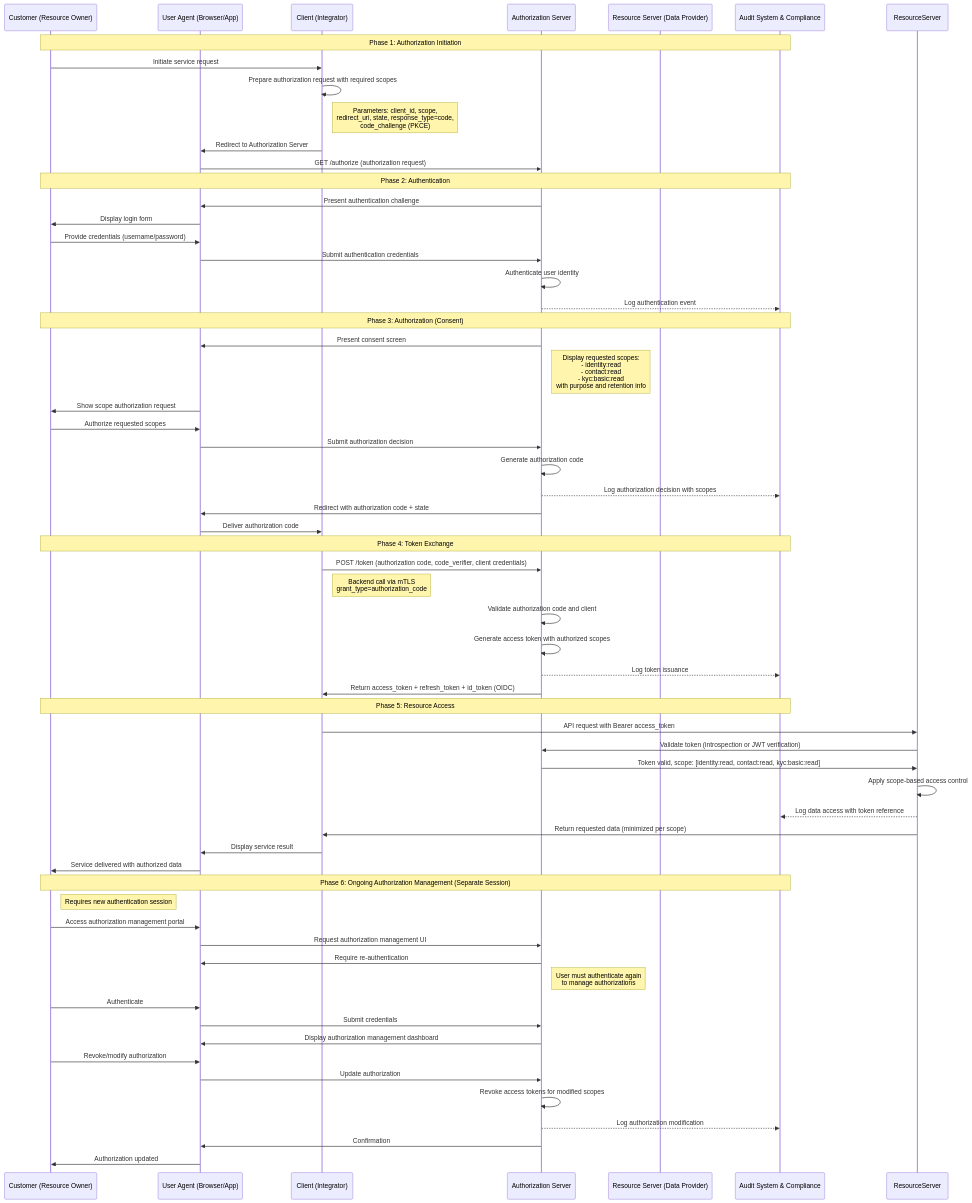
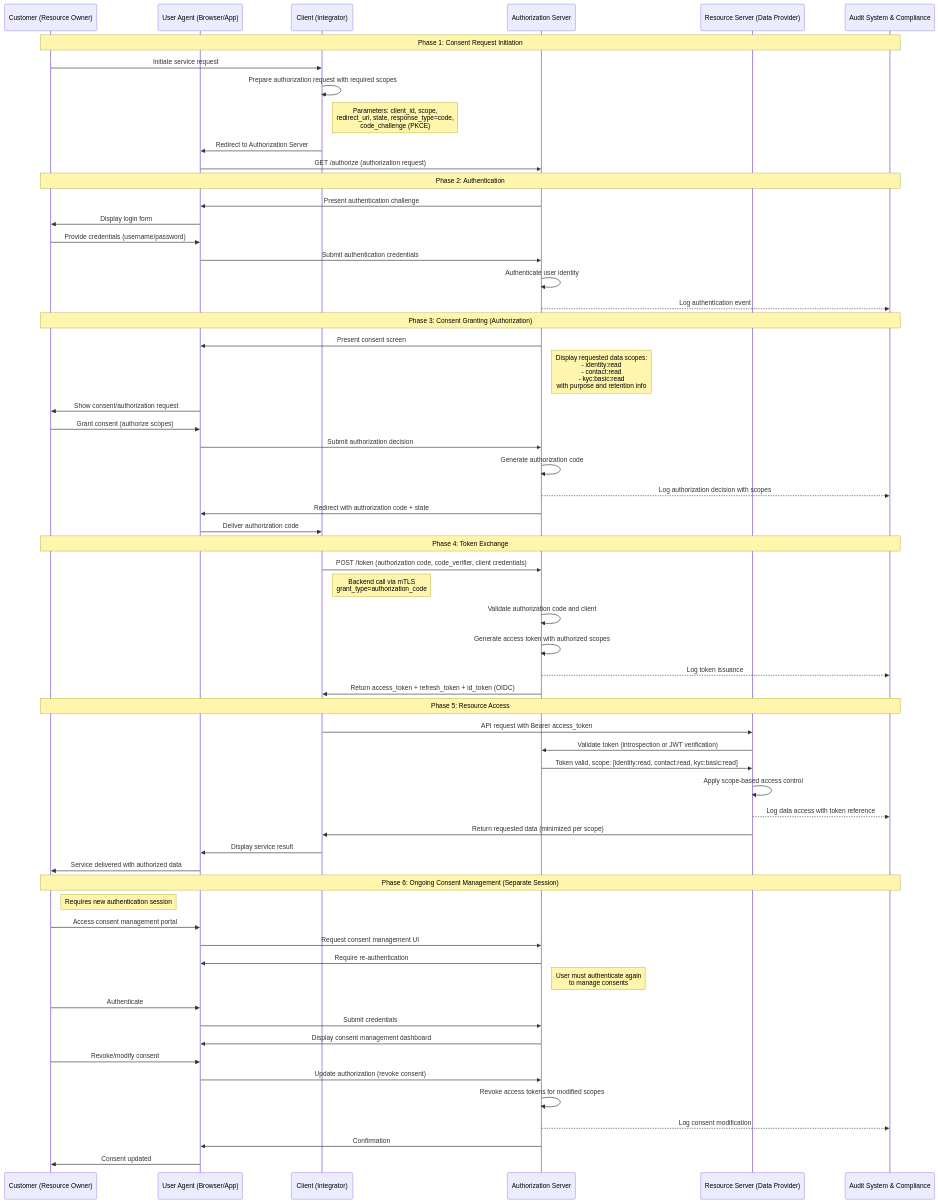
Before and after one commit to openbankingproject-ch/Open-API-Kundenbeziehung: the first of 11 diagrams in Dokumentation Fachliche Perspektive/Fachliche Conclusions Open API Kundenbeziehung/06 Consent und Security Flow.md, drawn with Mermaid. The commit also changed other lines of this file, not shown here.

Commit message:
update consent flow

````diff
--- a/Dokumentation Fachliche Perspektive/Fachliche Conclusions Open API Kundenbeziehung/06 Consent und Security Flow.md
+++ b/Dokumentation Fachliche Perspektive/Fachliche Conclusions Open API Kundenbeziehung/06 Consent und Security Flow.md
@@ -190,69 +198,69 @@
 ```mermaid
 sequenceDiagram
     participant Customer as Customer (Resource Owner)
     participant UserAgent as User Agent (Browser/App)
     participant Client as Client (Integrator)
     participant AuthServer as Authorization Server
     participant DataProvider as Resource Server (Data Provider)
     participant AuditLog as Audit System & Compliance
 
-    Note over Customer,AuditLog: Phase 1: Authorization Initiation
+    Note over Customer,AuditLog: Phase 1: Consent Request Initiation
     Customer->>Client: Initiate service request
     Client->>Client: Prepare authorization request with required scopes
     Note right of Client: Parameters: client_id, scope,<br/>redirect_uri, state, response_type=code,<br/>code_challenge (PKCE)
     Client->>UserAgent: Redirect to Authorization Server
     UserAgent->>AuthServer: GET /authorize (authorization request)
 
     Note over Customer,AuditLog: Phase 2: Authentication
     AuthServer->>UserAgent: Present authentication challenge
     UserAgent->>Customer: Display login form
     Customer->>UserAgent: Provide credentials (username/password)
     UserAgent->>AuthServer: Submit authentication credentials
     AuthServer->>AuthServer: Authenticate user identity
     AuthServer-->>AuditLog: Log authentication event
 
-    Note over Customer,AuditLog: Phase 3: Authorization (Consent)
+    Note over Customer,AuditLog: Phase 3: Consent Granting (Authorization)
     AuthServer->>UserAgent: Present consent screen
-    Note right of AuthServer: Display requested scopes:<br/>- identity:read<br/>- contact:read<br/>- kyc:basic:read<br/>with purpose and retention info
-    UserAgent->>Customer: Show scope authorization request
-    Customer->>UserAgent: Authorize requested scopes
+    Note right of AuthServer: Display requested data scopes:<br/>- identity:read<br/>- contact:read<br/>- kyc:basic:read<br/>with purpose and retention info
+    UserAgent->>Customer: Show consent/authorization request
+    Customer->>UserAgent: Grant consent (authorize scopes)
     UserAgent->>AuthServer: Submit authorization decision
     AuthServer->>AuthServer: Generate authorization code
     AuthServer-->>AuditLog: Log authorization decision with scopes
     AuthServer->>UserAgent: Redirect with authorization code + state
     UserAgent->>Client: Deliver authorization code
 
     Note over Customer,AuditLog: Phase 4: Token Exchange
     Client->>AuthServer: POST /token (authorization code, code_verifier, client credentials)
     Note right of Client: Backend call via mTLS<br/>grant_type=authorization_code
     AuthServer->>AuthServer: Validate authorization code and client
     AuthServer->>AuthServer: Generate access token with authorized scopes
     AuthServer-->>AuditLog: Log token issuance
     AuthServer->>Client: Return access_token + refresh_token + id_token (OIDC)
 
     Note over Customer,AuditLog: Phase 5: Resource Access
-    Client->>ResourceServer: API request with Bearer access_token
-    ResourceServer->>AuthServer: Validate token (introspection or JWT verification)
-    AuthServer->>ResourceServer: Token valid, scope: [identity:read, contact:read, kyc:basic:read]
-    ResourceServer->>ResourceServer: Apply scope-based access control
-    ResourceServer-->>AuditLog: Log data access with token reference
-    ResourceServer->>Client: Return requested data (minimized per scope)
+    Client->>DataProvider: API request with Bearer access_token
+    DataProvider->>AuthServer: Validate token (introspection or JWT verification)
+    AuthServer->>DataProvider: Token valid, scope: [identity:read, contact:read, kyc:basic:read]
+    DataProvider->>DataProvider: Apply scope-based access control
+    DataProvider-->>AuditLog: Log data access with token reference
+    DataProvider->>Client: Return requested data (minimized per scope)
     Client->>UserAgent: Display service result
     UserAgent->>Customer: Service delivered with authorized data
 
-    Note over Customer,AuditLog: Phase 6: Ongoing Authorization Management (Separate Session)
+    Note over Customer,AuditLog: Phase 6: Ongoing Consent Management (Separate Session)
     Note right of Customer: Requires new authentication session
-    Customer->>UserAgent: Access authorization management portal
-    UserAgent->>AuthServer: Request authorization management UI
+    Customer->>UserAgent: Access consent management portal
+    UserAgent->>AuthServer: Request consent management UI
     AuthServer->>UserAgent: Require re-authentication
-    Note right of AuthServer: User must authenticate again<br/>to manage authorizations
+    Note right of AuthServer: User must authenticate again<br/>to manage consents
     Customer->>UserAgent: Authenticate
     UserAgent->>AuthServer: Submit credentials
-    AuthServer->>UserAgent: Display authorization management dashboard
-    Customer->>UserAgent: Revoke/modify authorization
-    UserAgent->>AuthServer: Update authorization
+    AuthServer->>UserAgent: Display consent management dashboard
+    Customer->>UserAgent: Revoke/modify consent
+    UserAgent->>AuthServer: Update authorization (revoke consent)
     AuthServer->>AuthServer: Revoke access tokens for modified scopes
-    AuthServer-->>AuditLog: Log authorization modification
+    AuthServer-->>AuditLog: Log consent modification
     AuthServer->>UserAgent: Confirmation
-    UserAgent->>Customer: Authorization updated
+    UserAgent->>Customer: Consent updated
 ```
````
